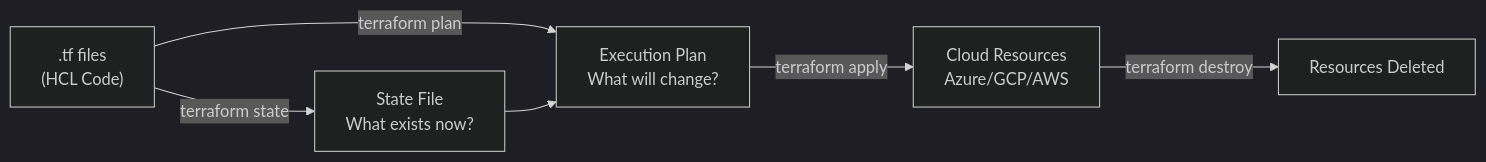
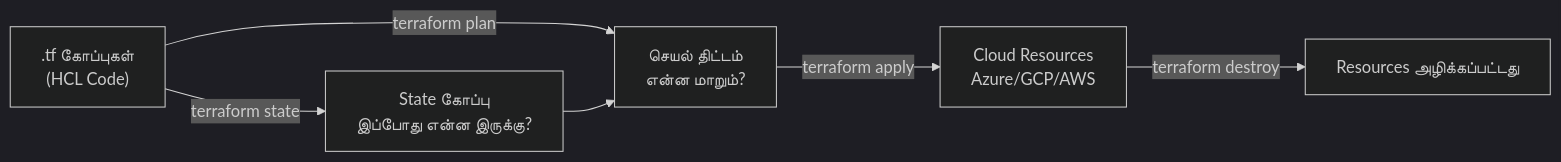
Before and after one commit to sanjaiAI/learning: the diagram in terraform/module_01_fundamentals.md, drawn with Mermaid (dark theme). The commit also changed other lines of this file, not shown here.

Commit message:
docs(terraform): improve module 01 with complete Tamil translations and HCL deep-dive

````diff
--- a/terraform/module_01_fundamentals.md
+++ b/terraform/module_01_fundamentals.md
@@ -21,8 +175,8 @@
 ```mermaid
 graph LR
-    CODE[".tf files<br/>(HCL Code)"] -->|terraform plan| PLAN[Execution Plan<br/>What will change?]
-    PLAN -->|terraform apply| CLOUD[Cloud Resources<br/>Azure/GCP/AWS]
-    CLOUD -->|terraform destroy| GONE[Resources Deleted]
-    CODE -->|terraform state| STATE[State File<br/>What exists now?]
+    CODE[".tf கோப்புகள்<br/>(HCL Code)"] -->|terraform plan| PLAN["செயல் திட்டம்<br/>என்ன மாறும்?"]
+    PLAN -->|terraform apply| CLOUD["Cloud Resources<br/>Azure/GCP/AWS"]
+    CLOUD -->|terraform destroy| GONE["Resources அழிக்கப்பட்டது"]
+    CODE -->|terraform state| STATE["State கோப்பு<br/>இப்போது என்ன இருக்கு?"]
     STATE --> PLAN
 ```
````
